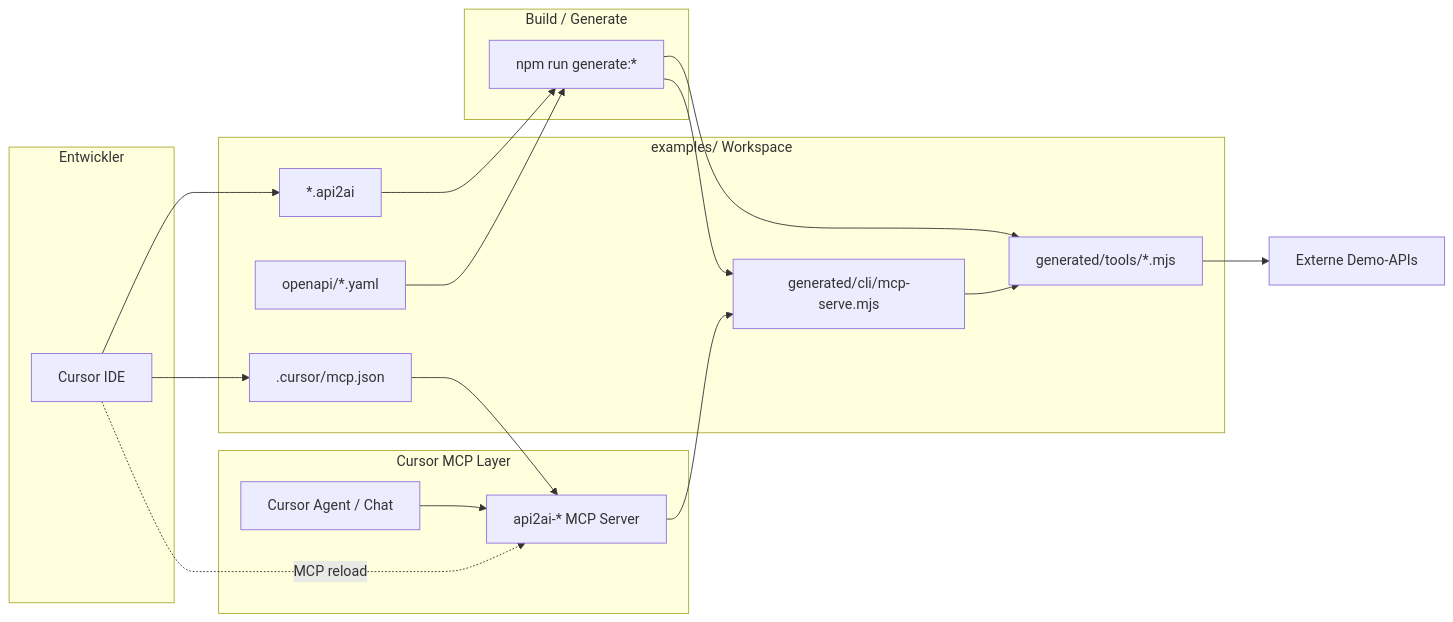
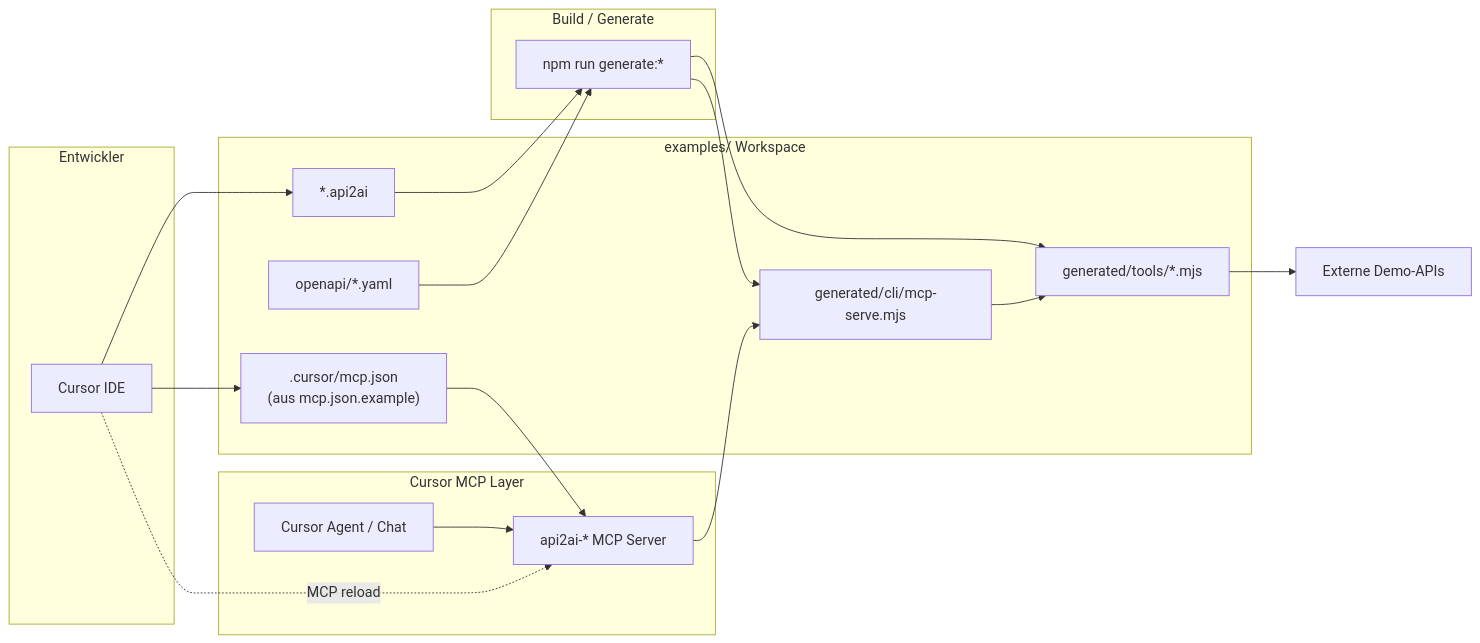
The diagram in docs/images/04-cursor-dev.mmd (annettedorothea/api2ai), drawn with Mermaid before and after one commit. The commit also changed 8 other files, not shown here.

Commit message:
docs: neutral examples wording, local mcp.json from example, improve api2ai rule

```diff
--- a/docs/images/04-cursor-dev.mmd
+++ b/docs/images/04-cursor-dev.mmd
@@ -1,37 +1,37 @@
 flowchart LR
   subgraph dev["Entwickler"]
     DEV["Cursor IDE"]
   end
 
   subgraph workspace["examples/ Workspace"]
     DSLF["*.api2ai"]
     OASF["openapi/*.yaml"]
-    MCPJSON[".cursor/mcp.json"]
+    MCPJSON[".cursor/mcp.json\n(aus mcp.json.example)"]
     GENM["generated/tools/*.mjs"]
     GENCLI["generated/cli/mcp-serve.mjs"]
   end
 
   subgraph build["Build / Generate"]
     NPM["npm run generate:*"]
     NPM --> GENM
     NPM --> GENCLI
   end
 
   DSLF --> NPM
   OASF --> NPM
 
   DEV --> DSLF
   DEV --> MCPJSON
 
   subgraph cursor_mcp["Cursor MCP Layer"]
     CUR["api2ai-* MCP Server"]
     AGENT["Cursor Agent / Chat"]
   end
 
   MCPJSON --> CUR
   CUR --> GENCLI
   GENCLI --> GENM
   AGENT --> CUR
   GENM --> EXTAPI["Externe Demo-APIs"]
 
   DEV -.->|MCP reload| CUR
```
